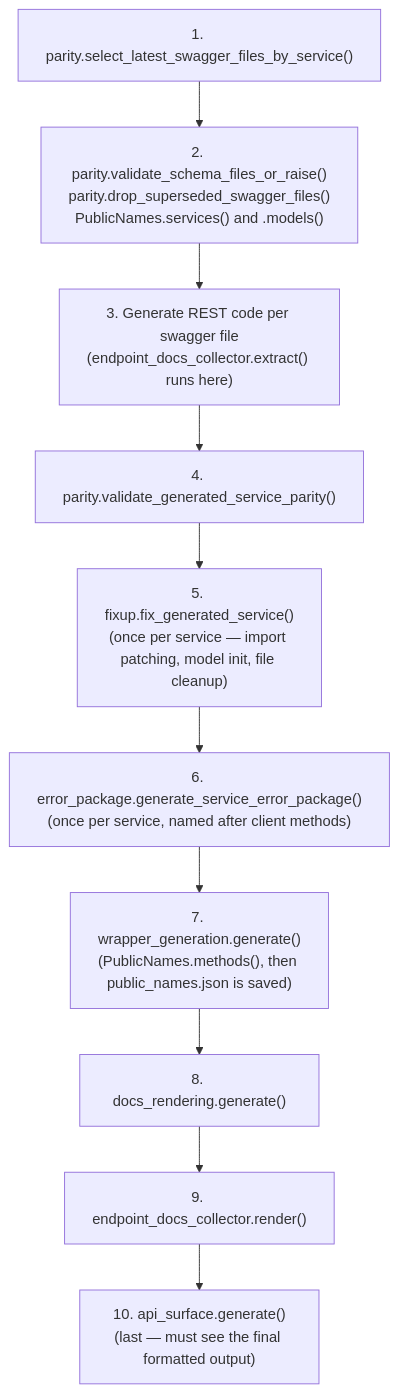
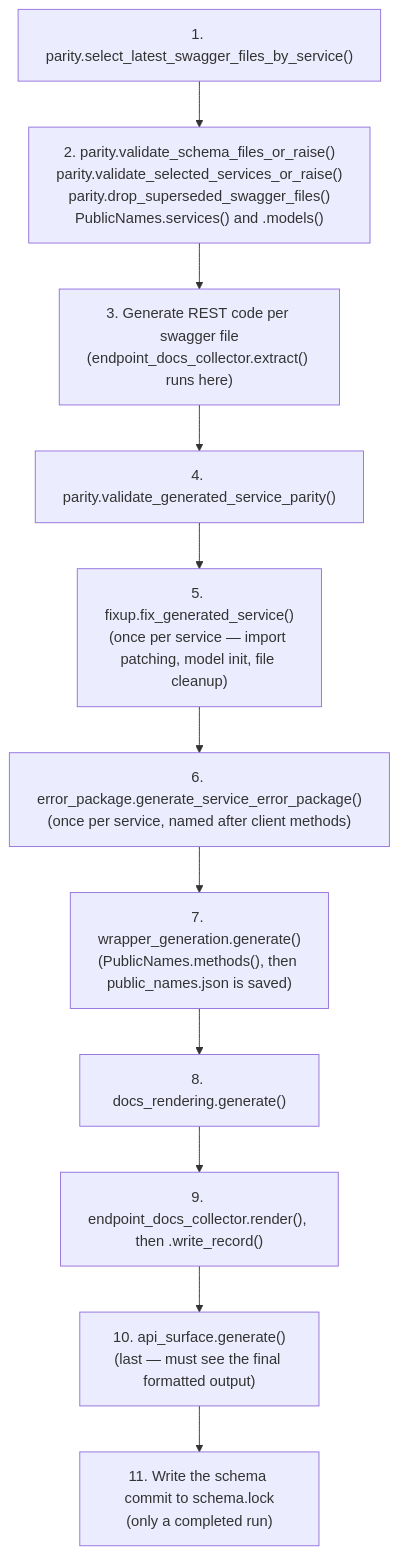
One commit to alexdearaujo/community_sdk_python changed the diagram in scripts/generation/README.md. Above: the diagram before and after it, drawn with Mermaid. The commit also changed other lines of this file and 37 other files, not shown here.

````diff
--- a/scripts/generation/README.md
+++ b/scripts/generation/README.md
@@ -32,13 +32,14 @@
 ```mermaid
 flowchart TD
-    A["1. parity.select_latest_swagger_files_by_service()"] --> A2["2. parity.validate_schema_files_or_raise()<br/>parity.drop_superseded_swagger_files()<br/>PublicNames.services() and .models()"]
+    A["1. parity.select_latest_swagger_files_by_service()"] --> A2["2. parity.validate_schema_files_or_raise()<br/>parity.validate_selected_services_or_raise()<br/>parity.drop_superseded_swagger_files()<br/>PublicNames.services() and .models()"]
     A2 --> B["3. Generate REST code per swagger file<br/>(endpoint_docs_collector.extract() runs here)"]
     B --> D["4. parity.validate_generated_service_parity()"]
     D --> E["5. fixup.fix_generated_service()<br/>(once per service — import patching, model init, file cleanup)"]
     E --> C["6. error_package.generate_service_error_package()<br/>(once per service, named after client methods)"]
     C --> F["7. wrapper_generation.generate()<br/>(PublicNames.methods(), then public_names.json is saved)"]
     F --> G["8. docs_rendering.generate()"]
-    G --> H["9. endpoint_docs_collector.render()"]
+    G --> H["9. endpoint_docs_collector.render(), then .write_record()"]
     H --> I["10. api_surface.generate()<br/>(last — must see the final formatted output)"]
+    I --> J["11. Write the schema commit to schema.lock<br/>(only a completed run)"]
 
 ```
````
